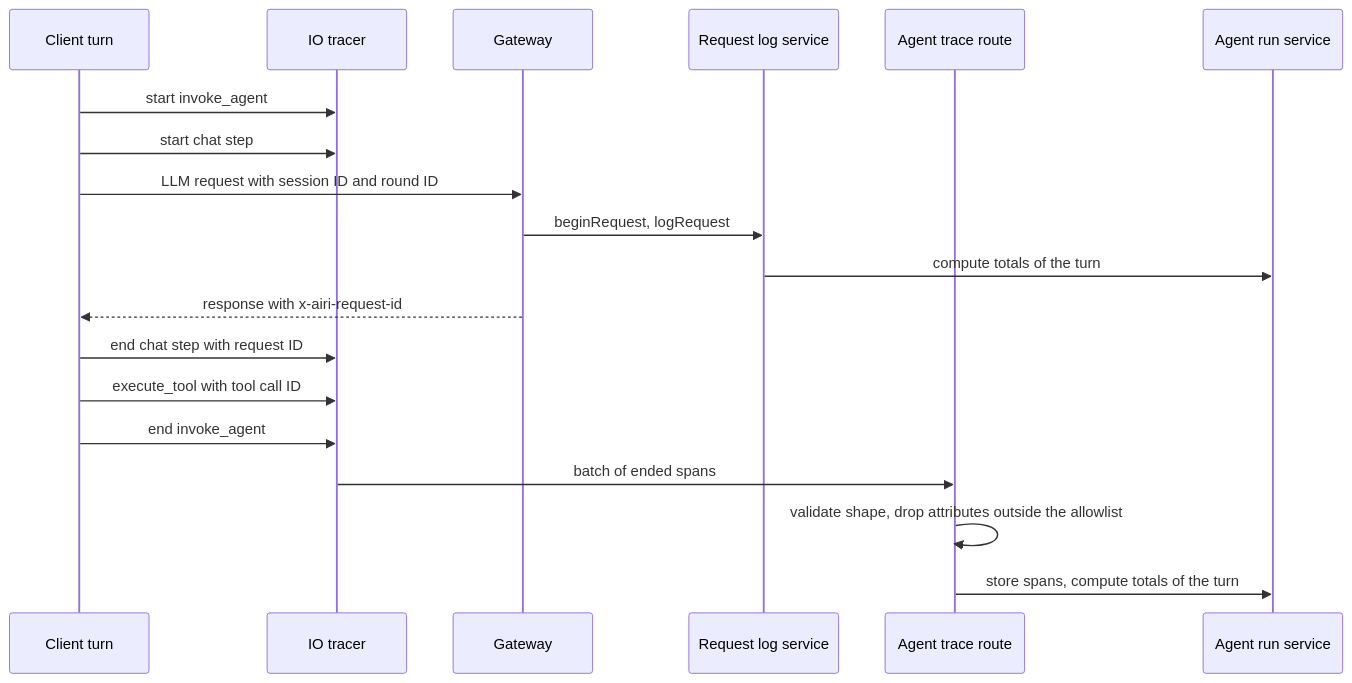
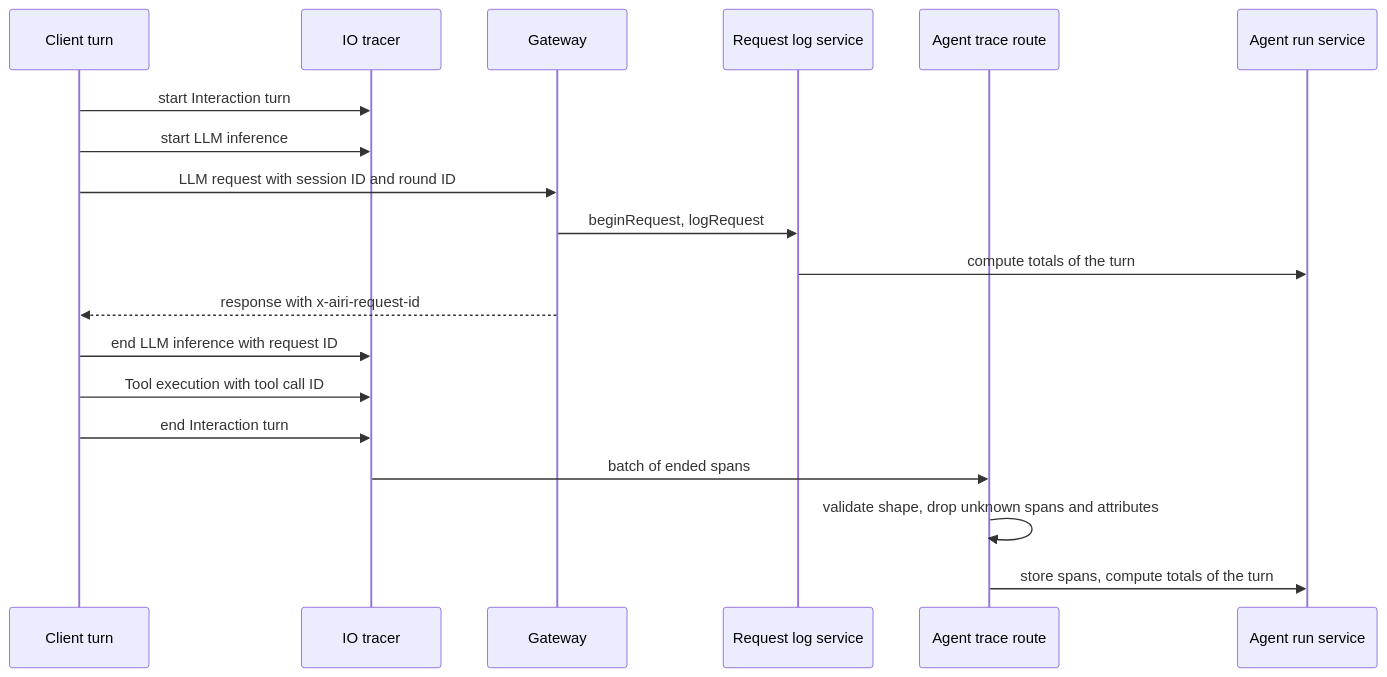
The second of 2 diagrams in server/docs/ai/adr/2026-10-14-agent-trace.md (moeru-ai/airi), drawn with Mermaid before and after one commit. The commit also changed other lines of this file, not shown here.

First line of the commit message:
docs(api): upload IO tracer spans by name and join them to a turn by trace

````diff
--- a/server/docs/ai/adr/2026-10-14-agent-trace.md
+++ b/server/docs/ai/adr/2026-10-14-agent-trace.md
@@ -220,21 +236,21 @@
 ```mermaid
 sequenceDiagram
   participant UI as Client turn
   participant Tracer as IO tracer
   participant GW as Gateway
   participant Log as Request log service
   participant API as Agent trace route
   participant Run as Agent run service
-  UI->>Tracer: start invoke_agent
-  UI->>Tracer: start chat step
+  UI->>Tracer: start Interaction turn
+  UI->>Tracer: start LLM inference
   UI->>GW: LLM request with session ID and round ID
   GW->>Log: beginRequest, logRequest
   Log->>Run: compute totals of the turn
   GW-->>UI: response with x-airi-request-id
-  UI->>Tracer: end chat step with request ID
-  UI->>Tracer: execute_tool with tool call ID
-  UI->>Tracer: end invoke_agent
+  UI->>Tracer: end LLM inference with request ID
+  UI->>Tracer: Tool execution with tool call ID
+  UI->>Tracer: end Interaction turn
   Tracer->>API: batch of ended spans
-  API->>API: validate shape, drop attributes outside the allowlist
+  API->>API: validate shape, drop unknown spans and attributes
   API->>Run: store spans, compute totals of the turn
 ```
````
